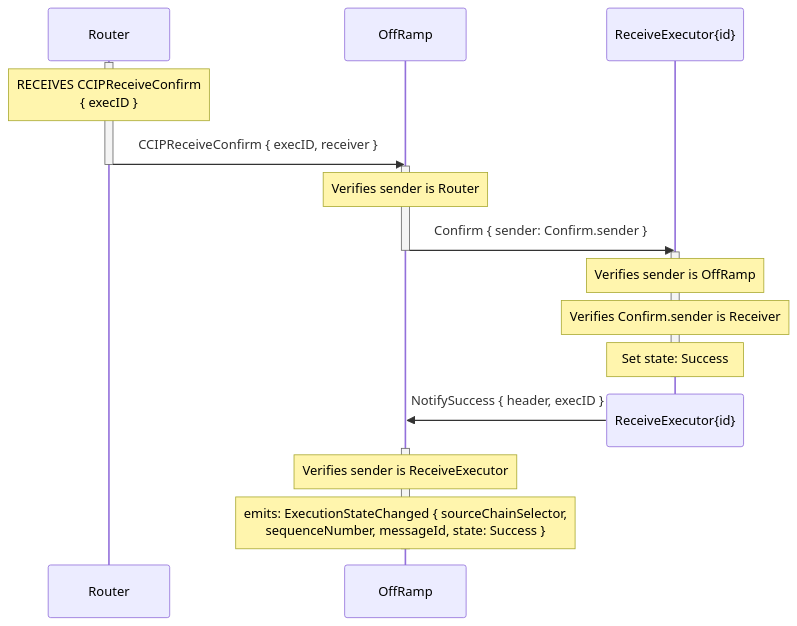
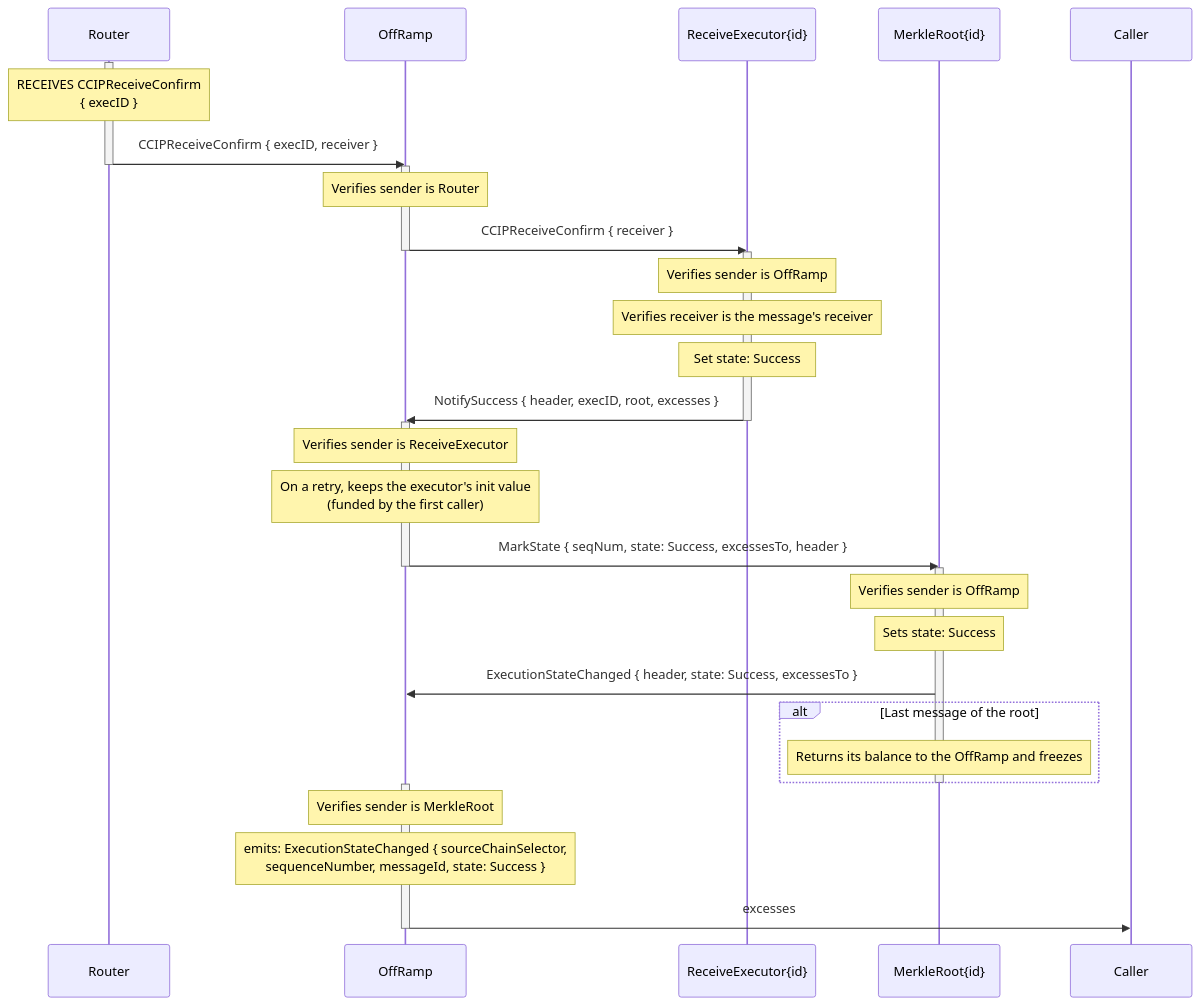
One commit to smartcontractkit/chainlink-ton changed the fifth of 7 diagrams in docs/contracts/overview/ccip/offramp/arbitrary-msg.md. Above: the diagram before and after it, drawn with Mermaid. The commit also changed other lines of this file and 17 other files, not shown here.

````diff
--- a/docs/contracts/overview/ccip/offramp/arbitrary-msg.md
+++ b/docs/contracts/overview/ccip/offramp/arbitrary-msg.md
@@ -134,35 +181,54 @@
 ```mermaid
 sequenceDiagram
     participant R as Router
     participant OR as OffRamp
     participant RE as ReceiveExecutor{id}
+    participant MR as MerkleRoot{id}
+    participant C as Caller
 
 
     activate R
     Note over R: RECEIVES CCIPReceiveConfirm<br>{ execID }
     R ->> OR: CCIPReceiveConfirm { execID, receiver }
     deactivate R
 
 
 
     activate OR
     Note over OR: Verifies sender is Router
-    OR ->> RE: Confirm { sender: Confirm.sender }
+    OR ->> RE: CCIPReceiveConfirm { receiver }
     deactivate OR
 
 
     activate RE
     Note over RE: Verifies sender is OffRamp
-    Note over RE: Verifies Confirm.sender is Receiver
+    Note over RE: Verifies receiver is the message's receiver
     Note over RE: Set state: Success
+    RE ->> OR: NotifySuccess { header, execID, root, excesses }
     deactivate RE
-    destroy RE
-    RE ->> OR: NotifySuccess { header, execID }
 
 
 
     activate OR
     Note over OR: Verifies sender is ReceiveExecutor
+    Note over OR: On a retry, keeps the executor's init value<br>(funded by the first caller)
+    OR ->> MR: MarkState { seqNum, state: Success, excessesTo, header }
+    deactivate OR
+
+
+    activate MR
+    Note over MR: Verifies sender is OffRamp
+    Note over MR: Sets state: Success
+    MR ->> OR: ExecutionStateChanged { header, state: Success, excessesTo }
+    alt Last message of the root
+    Note over MR: Returns its balance to the OffRamp and freezes
+    end
+    deactivate MR
+
+
+    activate OR
+    Note over OR: Verifies sender is MerkleRoot
     Note over OR: emits: ExecutionStateChanged { sourceChainSelector,<br>sequenceNumber, messageId, state: Success }
+    OR ->> C: excesses
     deactivate OR
 ```
````
